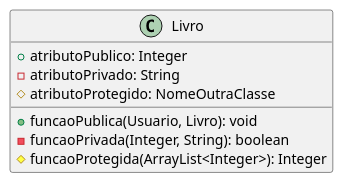
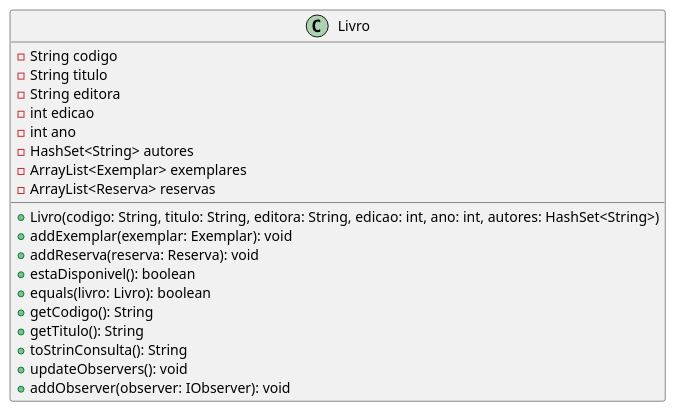
One commit to angelofelipe/library-system-OOP changed the diagram in diagrama de classes/src puml/src/geral/Livro.puml. Above: the diagram before and after it, drawn with PlantUML. The commit also changed 7 other files, not shown here.

Commit message:
edita diagrama na pasta geral

```diff
--- a/diagrama de classes/src puml/src/geral/Livro.puml
+++ b/diagrama de classes/src puml/src/geral/Livro.puml
@@ -1,13 +1,24 @@
 @startuml
 
 class Livro {
-    + atributoPublico: Integer
-    - atributoPrivado: String
-    # atributoProtegido: NomeOutraClasse
-
-    + funcaoPublica(Usuario, Livro): void
-    - funcaoPrivada(Integer, String): boolean
-    # funcaoProtegida(ArrayList<Integer>): Integer
+    -String codigo
+    -String titulo
+    -String editora
+    -int edicao
+    -int ano
+    -HashSet<String> autores
+    -ArrayList<Exemplar> exemplares
+    -ArrayList<Reserva> reservas
+    +Livro(codigo: String, titulo: String, editora: String, edicao: int, ano: int, autores: HashSet<String>)
+    +addExemplar(exemplar: Exemplar): void
+    +addReserva(reserva: Reserva): void
+    +estaDisponivel(): boolean
+    +equals(livro: Livro): boolean
+    +getCodigo(): String
+    +getTitulo(): String
+    +toStrinConsulta(): String
+    +updateObservers(): void
+    +addObserver(observer: IObserver): void
 }
 
 @enduml
```
